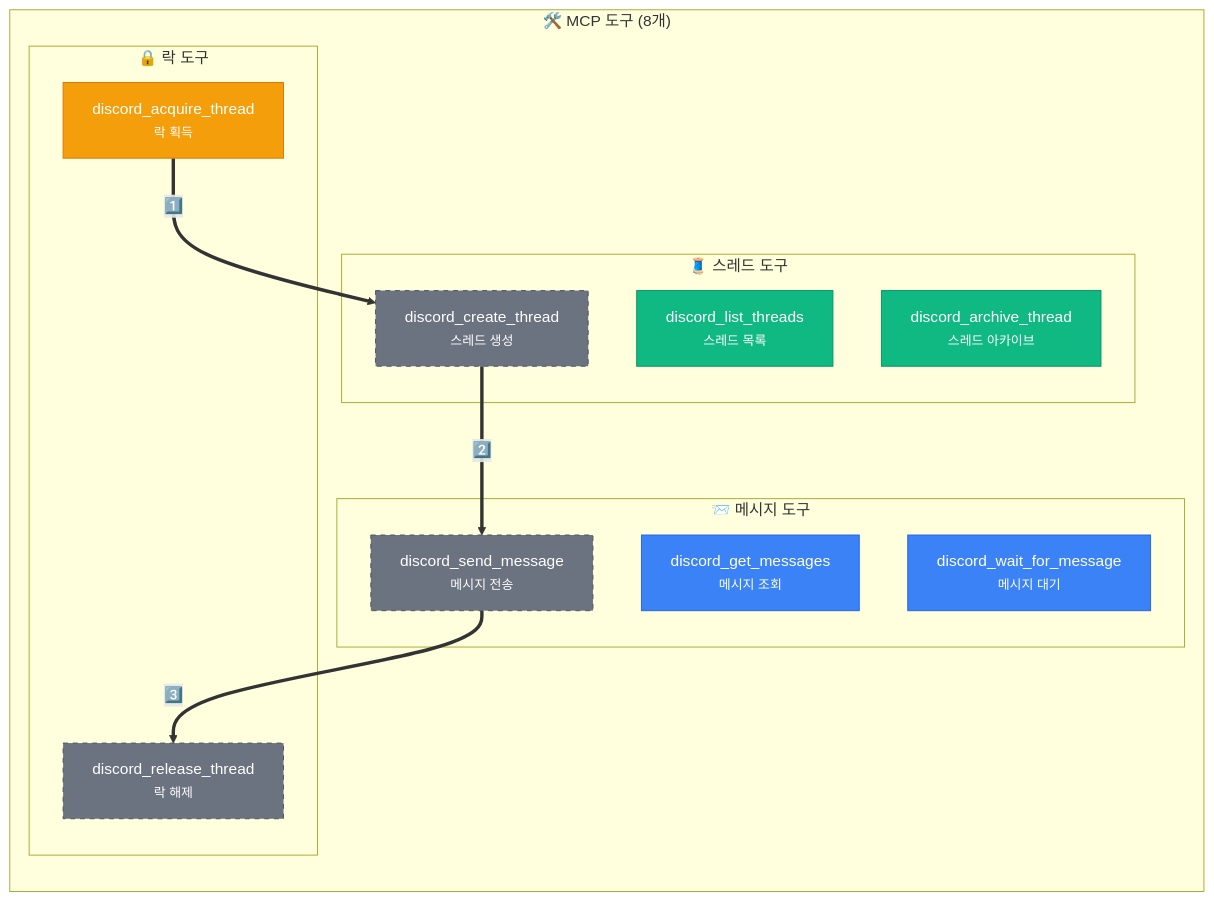
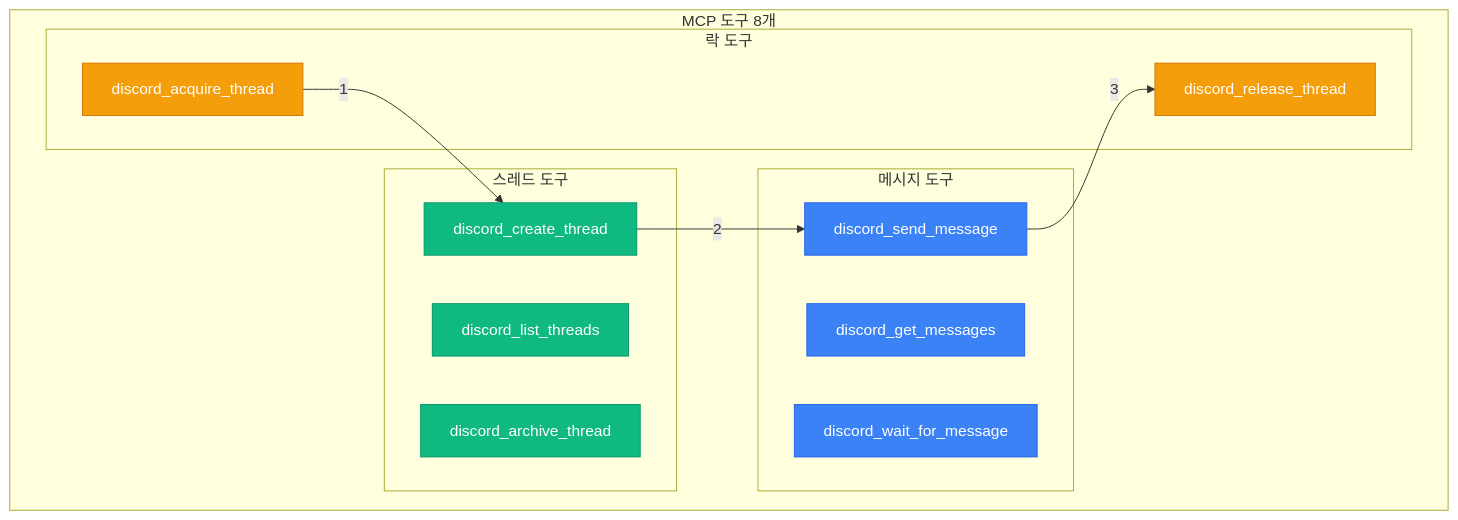
The sixth of 8 diagrams in content/ko/post/2026-03-01-013-discord-gateway-mcp-아키텍처-설계.md (yarang/blogs), drawn with Mermaid before and after one commit. The commit also changed other lines of this file and 1 other file, not shown here.

First line of the commit message:
Fix Mermaid parsing errors for web rendering

````diff
--- a/content/ko/post/2026-03-01-013-discord-gateway-mcp-아키텍처-설계.md
+++ b/content/ko/post/2026-03-01-013-discord-gateway-mcp-아키텍처-설계.md
@@ -346,33 +330,29 @@
 ```mermaid
 flowchart TB
-    %% 스타일 정의
     classDef message fill:#3B82F6,stroke:#2563EB,color:#fff
     classDef thread fill:#10B981,stroke:#059669,color:#fff
     classDef lock fill:#F59E0B,stroke:#D97706,color:#fff
-    classDef flow fill:#6B7280,stroke:#4B5563,color:#fff,stroke-dasharray: 5 5
 
-    subgraph Tools["🛠️ MCP 도구 (8개)"]
-        direction TB
-
-        subgraph Message["📨 메시지 도구"]
-            Send["discord_send_message<br/><small>메시지 전송</small>"]:::message
-            Get["discord_get_messages<br/><small>메시지 조회</small>"]:::message
-            Wait["discord_wait_for_message<br/><small>메시지 대기</small>"]:::message
+    subgraph Tools["MCP 도구 8개"]
+        subgraph Message["메시지 도구"]
+            Send["discord_send_message"]:::message
+            Get["discord_get_messages"]:::message
+            Wait["discord_wait_for_message"]:::message
         end
 
-        subgraph Thread["🧵 스레드 도구"]
-            Create["discord_create_thread<br/><small>스레드 생성</small>"]:::thread
-            List["discord_list_threads<br/><small>스레드 목록</small>"]:::thread
-            Archive["discord_archive_thread<br/><small>스레드 아카이브</small>"]:::thread
+        subgraph Thread["스레드 도구"]
+            Create["discord_create_thread"]:::thread
+            List["discord_list_threads"]:::thread
+            Archive["discord_archive_thread"]:::thread
         end
 
-        subgraph Lock["🔒 락 도구"]
-            Acquire["discord_acquire_thread<br/><small>락 획득</small>"]:::lock
-            Release["discord_release_thread<br/><small>락 해제</small>"]:::lock
+        subgraph Lock["락 도구"]
+            Acquire["discord_acquire_thread"]:::lock
+            Release["discord_release_thread"]:::lock
         end
     end
 
-    Acquire ==>|"1️⃣"| Create:::flow
-    Create ==>|"2️⃣"| Send:::flow
-    Send ==>|"3️⃣"| Release:::flow
+    Acquire -->|"1"| Create
+    Create -->|"2"| Send
+    Send -->|"3"| Release
 ```
````
